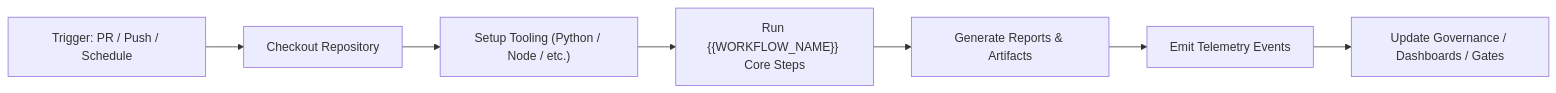
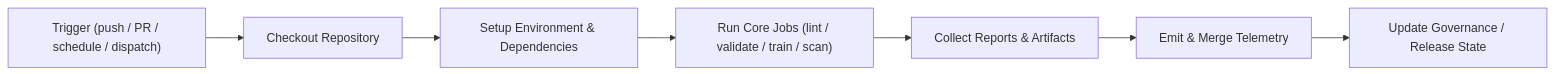
Before and after one commit to bartytime4life/Kansas-Frontier-Matrix: the diagram in docs/workflows/workflow_template.md, drawn with Mermaid. The commit also changed other lines of this file, not shown here.

First line of the commit message:
Revise workflow documentation template for KFM

```diff
--- a/docs/workflows/workflow_template.md
+++ b/docs/workflows/workflow_template.md
@@ -297,9 +311,9 @@
 ~~~mermaid
 flowchart LR
-    A["Trigger: PR / Push / Schedule"] --> B["Checkout Repository"]
-    B --> C["Setup Tooling (Python / Node / etc.)"]
-    C --> D["Run {{WORKFLOW_NAME}} Core Steps"]
-    D --> E["Generate Reports & Artifacts"]
-    E --> F["Emit Telemetry Events"]
-    F --> G["Update Governance / Dashboards / Gates"]
+  A["Trigger (push / PR / schedule / dispatch)"] --> B["Checkout Repository"]
+  B --> C["Setup Environment & Dependencies"]
+  C --> D["Run Core Jobs (lint / validate / train / scan)"]
+  D --> E["Collect Reports & Artifacts"]
+  E --> F["Emit & Merge Telemetry"]
+  F --> G["Update Governance / Release State"]
 ~~~
```
